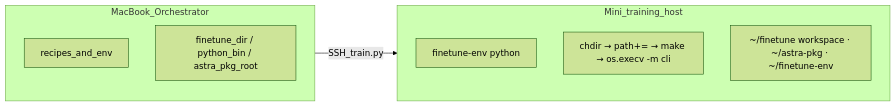
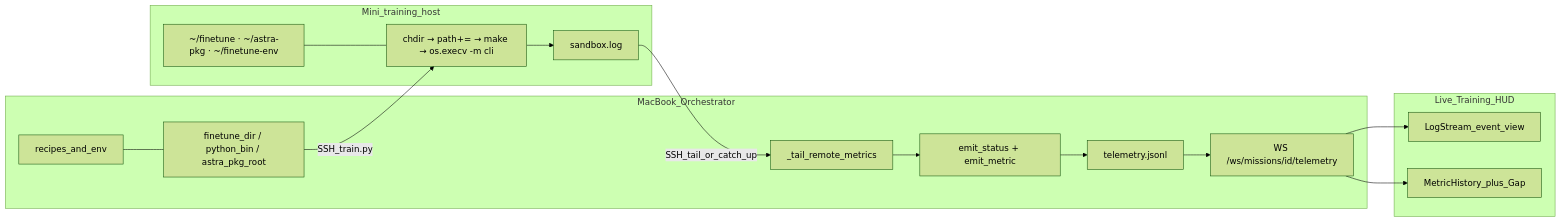
The fifth of 6 diagrams in docs/DESIGN.md (kewangpro/astra), drawn with Mermaid (forest theme) before and after one commit. The commit also changed other lines of this file and 11 other files, not shown here.

First line of the commit message:
Surface Mini flywheel in the event stream and fix save_dir artifact sync.

````diff
--- a/docs/DESIGN.md
+++ b/docs/DESIGN.md
@@ -204,13 +204,27 @@
 ```mermaid
 flowchart LR
-  subgraph macbook [MacBook_Orchestrator]
+  subgraph orch [MacBook_Orchestrator]
     Recipes[recipes_and_env]
     Paths["finetune_dir / python_bin / astra_pkg_root"]
+    Tail["_tail_remote_metrics"]
+    Emit["emit_status + emit_metric"]
+    JSONL[telemetry.jsonl]
+    WS["WS /ws/missions/id/telemetry"]
+    Recipes --- Paths
+    Tail --> Emit --> JSONL --> WS
   end
   subgraph mini [Mini_training_host]
-    Py["finetune-env python"]
+    Layout["~/finetune · ~/astra-pkg · ~/finetune-env"]
     Steps["chdir → path+= → make → os.execv -m cli"]
-    Layout["~/finetune workspace · ~/astra-pkg · ~/finetune-env"]
+    Log[sandbox.log]
+    Layout --- Steps --> Log
   end
-  macbook -->|"SSH_train.py"| mini
+  subgraph hud [Live_Training_HUD]
+    Stream[LogStream_event_view]
+    Charts[MetricHistory_plus_Gap]
+  end
+  Paths -->|"SSH_train.py"| Steps
+  Log -->|"SSH_tail_or_catch_up"| Tail
+  WS --> Stream
+  WS --> Charts
 ```
````
